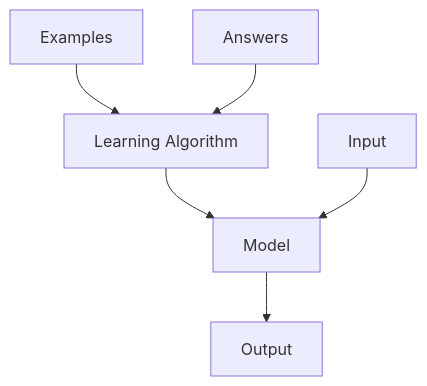
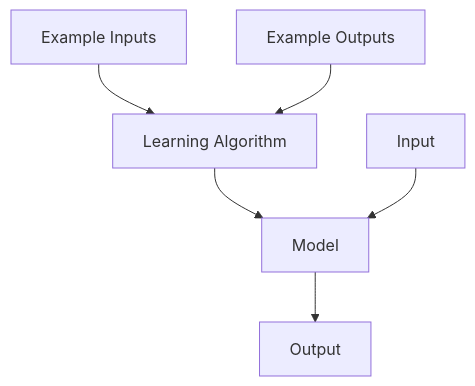
Before and after one commit to PieEatingNinjas/Talk-ML-Maui-ONNX: the diagram in .demo/slides/machinelearning/diagram_ml_1.md, drawn with Mermaid.

Commit message:
Update naming in ML diagram

````diff
--- a/.demo/slides/machinelearning/diagram_ml_1.md
+++ b/.demo/slides/machinelearning/diagram_ml_1.md
@@ -9,10 +9,10 @@
 ```mermaid
 graph TD
-    ML1[Examples]
-    ML2[Answers]
+    ML1[Example Inputs]
+    ML2[Example Outputs]
     ML1 --> ML3[Learning Algorithm]
     ML2 --> ML3
     ML3 --> ML4[Model]
     NewInput[Input] --> ML4
     ML4 --> ML5[Output]
 ```
````
